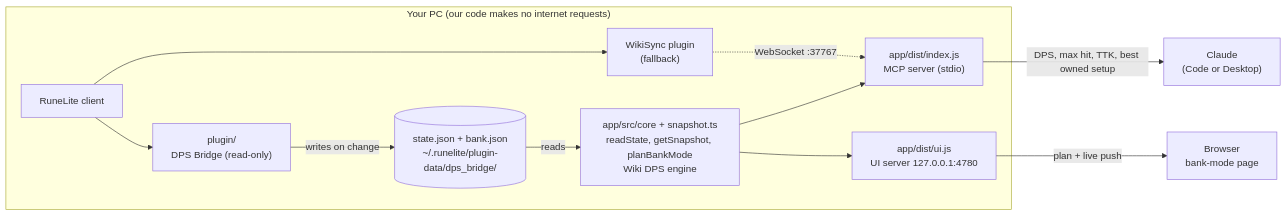
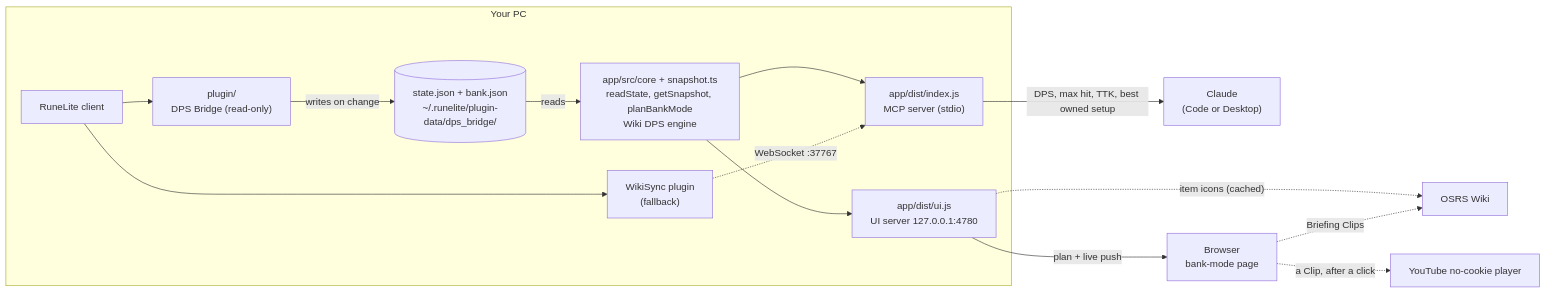
Before and after one commit to TomsoucAI/osrs-pvm-coach: the diagram in README.md, drawn with Mermaid. The commit also changed other lines of this file and 13 other files, not shown here.

First line of the commit message:
Clips, pinned player and HP timeline on the Briefing (#78)

````diff
--- a/README.md
+++ b/README.md
@@ -13,24 +13,29 @@
 ```mermaid
 flowchart LR
-    subgraph PC["Your PC (our code makes no internet requests)"]
+    subgraph PC["Your PC"]
         RL["RuneLite client"]
         PL["plugin/<br/>DPS Bridge (read-only)"]
         F[("state.json + bank.json<br/>~/.runelite/plugin-data/dps_bridge/")]
         CORE["app/src/core + snapshot.ts<br/>readState, getSnapshot, planBankMode<br/>Wiki DPS engine"]
         MCP["app/dist/index.js<br/>MCP server (stdio)"]
         UI["app/dist/ui.js<br/>UI server 127.0.0.1:4780"]
         WS["WikiSync plugin<br/>(fallback)"]
     end
     C["Claude<br/>(Code or Desktop)"]
     B["Browser<br/>bank-mode page"]
+    W["OSRS Wiki"]
+    Y["YouTube no-cookie player"]
 
     RL --> PL
     PL -->|writes on change| F
     F -->|reads| CORE
     CORE --> MCP
     CORE --> UI
     RL --> WS
     WS -.->|"WebSocket :37767"| MCP
     MCP -->|"DPS, max hit, TTK, best owned setup"| C
     UI -->|"plan + live push"| B
+    UI -.->|"item icons (cached)"| W
+    B -.->|"Briefing Clips"| W
+    B -.->|"a Clip, after a click"| Y
 ```
````
